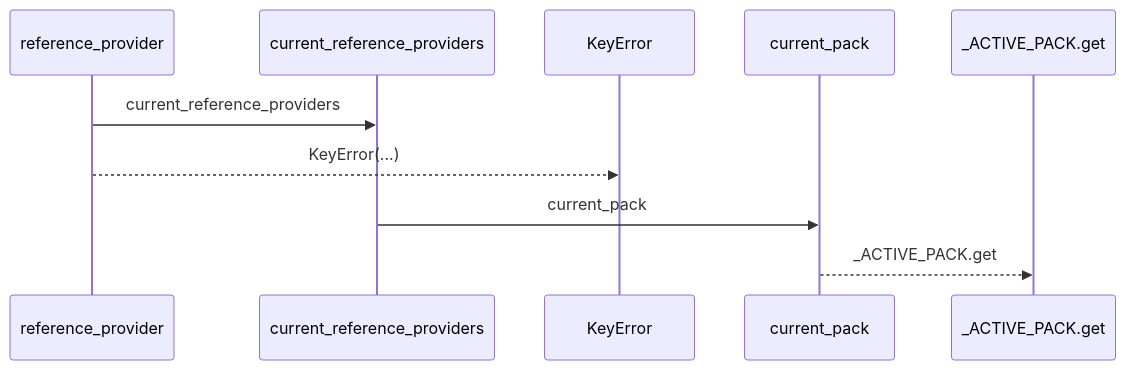
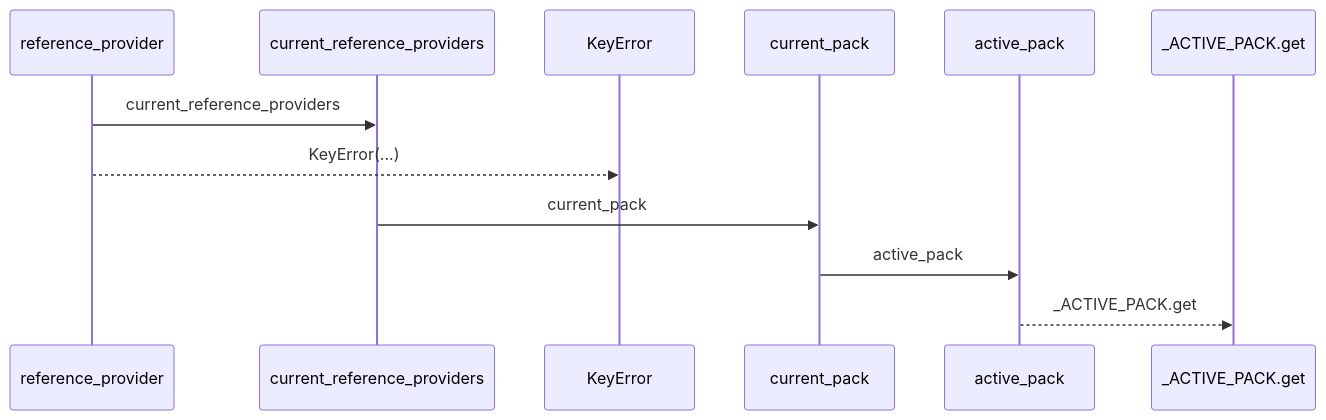
Before and after one commit to Denissvgn/python-wiki-llm: the first of 2 diagrams in docs/llm_wiki/flows/api-reference_provider.md, drawn with Mermaid. The commit also changed other lines of this file and 719 other files, not shown here.

````diff
--- a/docs/llm_wiki/flows/api-reference_provider.md
+++ b/docs/llm_wiki/flows/api-reference_provider.md
@@ -12,12 +12,14 @@
 ```mermaid
 sequenceDiagram
     participant p0 as reference_provider
     participant p1 as current_reference_providers
     participant p2 as KeyError
     participant p3 as current_pack
-    participant p4 as _ACTIVE_PACK.get
+    participant p4 as active_pack
+    participant p5 as _ACTIVE_PACK.get
     p0->>p1: current_reference_providers
     p0-->>p2: KeyError(...)
     p1->>p3: current_pack
-    p3-->>p4: _ACTIVE_PACK.get
+    p3->>p4: active_pack
+    p4-->>p5: _ACTIVE_PACK.get
 ```
````
